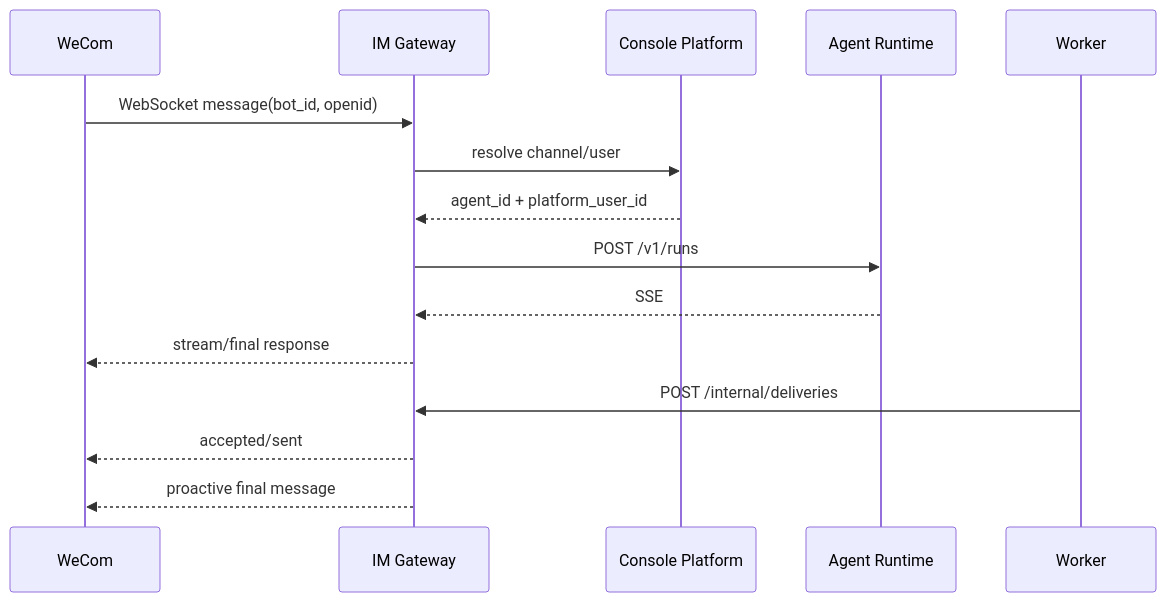
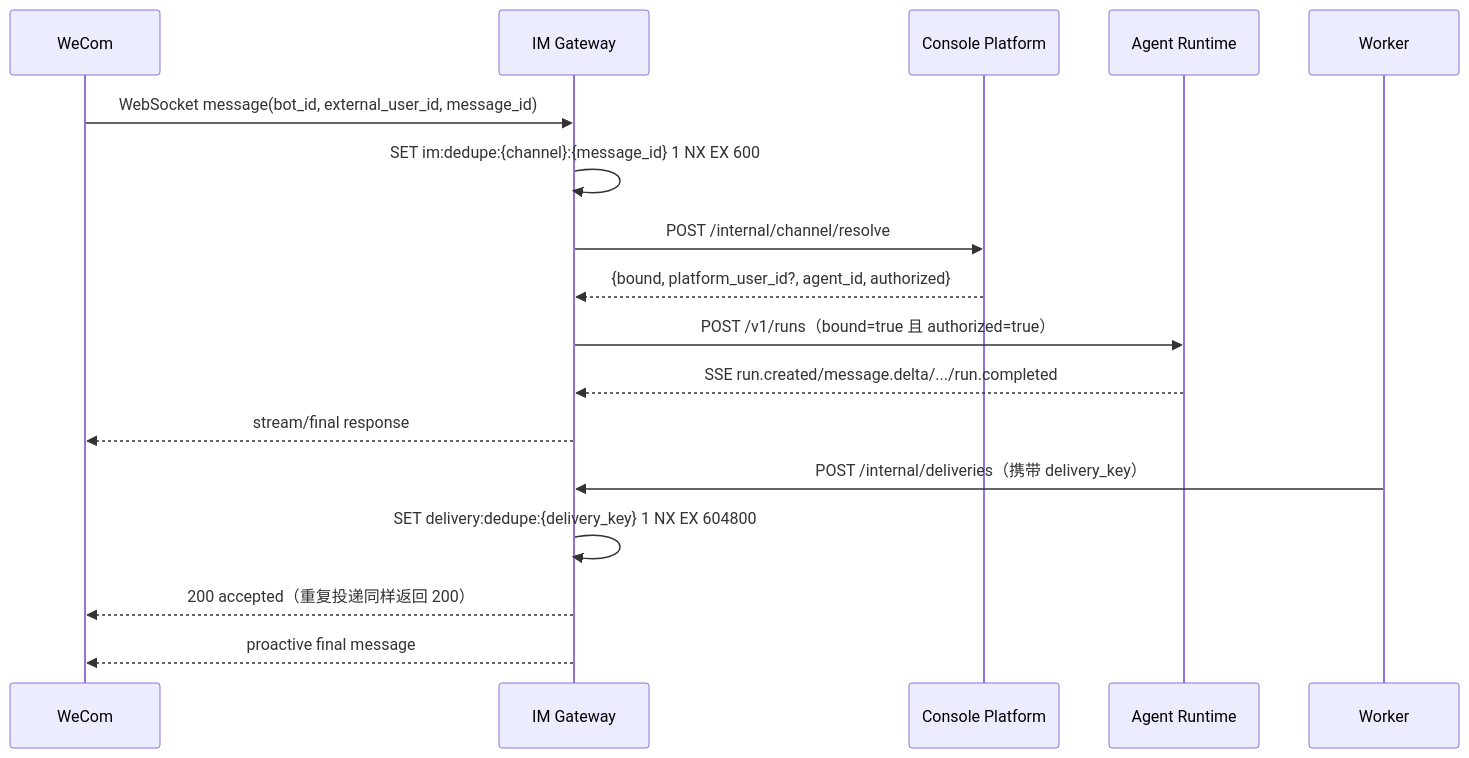
The first of 3 diagrams in .code-flow/tasks/2026-09-17/10-im-gateway/10-im-gateway.backend.design.md (Michaelxwb/fluxion-harness), drawn with Mermaid before and after one commit. The commit also changed other lines of this file and 33 other files, not shown here.

````diff
--- a/.code-flow/tasks/2026-09-17/10-im-gateway/10-im-gateway.backend.design.md
+++ b/.code-flow/tasks/2026-09-17/10-im-gateway/10-im-gateway.backend.design.md
@@ -115,17 +155,19 @@
 ```mermaid
 sequenceDiagram
  participant W as WeCom
  participant G as IM Gateway
  participant C as Console Platform
  participant R as Agent Runtime
  participant WK as Worker
- W->>G: WebSocket message(bot_id, openid)
- G->>C: resolve channel/user
- C-->>G: agent_id + platform_user_id
- G->>R: POST /v1/runs
- R-->>G: SSE
+ W->>G: WebSocket message(bot_id, external_user_id, message_id)
+ G->>G: SET im:dedupe:{channel}:{message_id} 1 NX EX 600
+ G->>C: POST /internal/channel/resolve
+ C-->>G: {bound, platform_user_id?, agent_id, authorized}
+ G->>R: POST /v1/runs（bound=true 且 authorized=true）
+ R-->>G: SSE run.created/message.delta/.../run.completed
  G-->>W: stream/final response
- WK->>G: POST /internal/deliveries
- G-->>W: accepted/sent
+ WK->>G: POST /internal/deliveries（携带 delivery_key）
+ G->>G: SET delivery:dedupe:{delivery_key} 1 NX EX 604800
+ G-->>W: 200 accepted（重复投递同样返回 200）
  G-->>W: proactive final message
 ```
````
